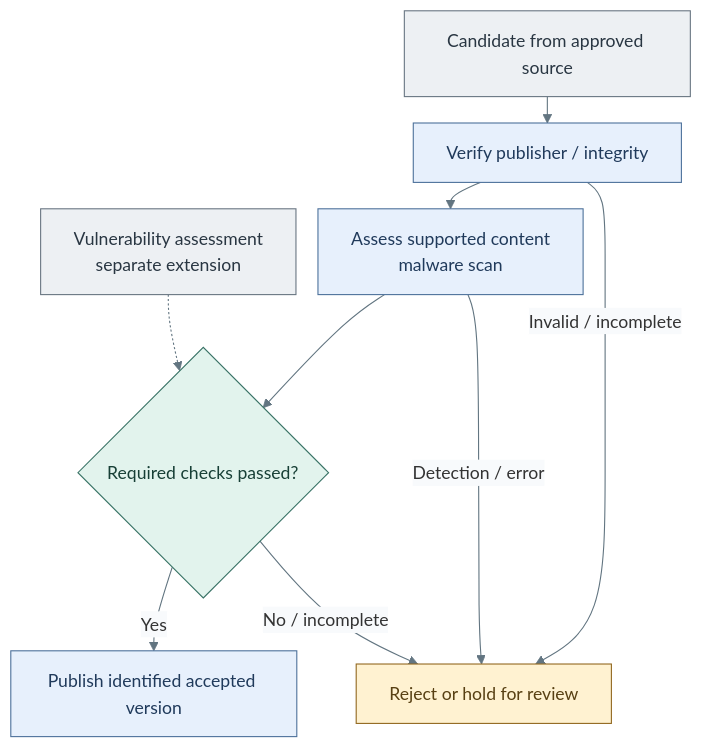
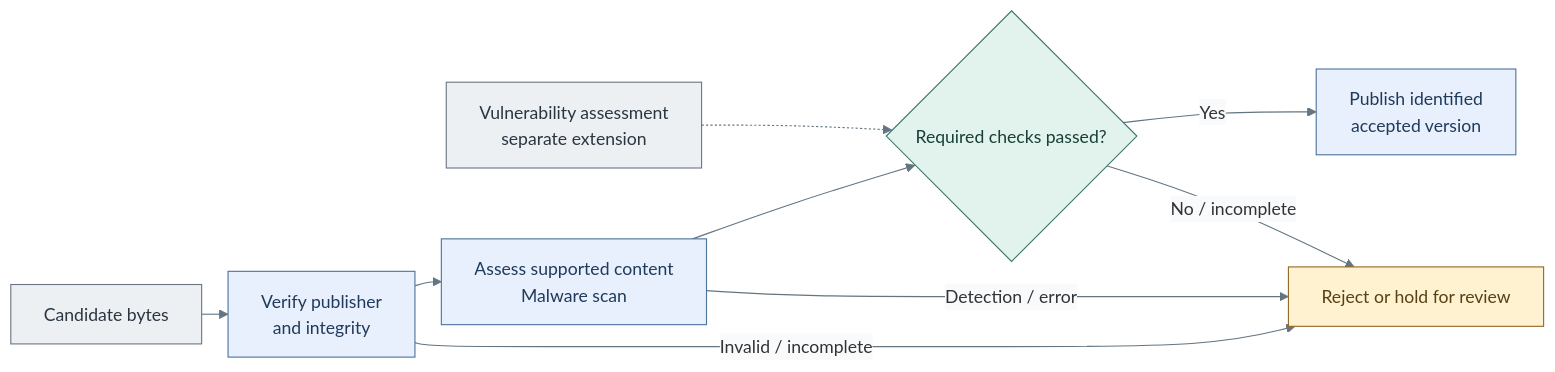
Before and after one commit to Rexus/homelab: the second of 2 diagrams in docs/01-architecture/07-software-intake/01-verification.md, drawn with Mermaid. The commit also changed other lines of this file and 279 other files, not shown here.

````diff
--- a/docs/01-architecture/07-software-intake/01-verification.md
+++ b/docs/01-architecture/07-software-intake/01-verification.md
@@ -81,21 +95,21 @@
 ```mermaid
 %%{init: {"theme":"base","flowchart":{"nodeSpacing":20,"rankSpacing":24},"themeVariables":{"lineColor":"#627581","edgeLabelBackground":"#f8fafc"}}}%%
-flowchart TB
-  Candidate["Candidate from approved source"] --> Verify["Verify publisher / integrity"]
-  Verify --> Scan["Assess supported content<br/>malware scan"]
+flowchart LR
+  Candidate["Candidate bytes"] --> Verify["Verify publisher<br/>and integrity"]
+  Verify --> Scan["Assess supported content<br/>Malware scan"]
   Verify -->|Invalid / incomplete| Hold["Reject or hold for review"]
   Scan --> Policy{"Required checks passed?"}
   Scan -->|Detection / error| Hold
-  Policy -->|Yes| Publish["Publish identified accepted version"]
+  Policy -->|Yes| Publish["Publish identified<br/>accepted version"]
   Policy -->|No / incomplete| Hold
   Extension["Vulnerability assessment<br/>separate extension"] -.-> Policy
   classDef default fill:#f8fafc,stroke:#64748b,color:#1f2937
   classDef actor fill:#edf0f3,stroke:#697682,color:#293642
   classDef services fill:#e7f0fc,stroke:#4d719b,color:#203a5b
   classDef control fill:#e2f3ed,stroke:#397366,color:#173f36
   classDef custody fill:#fff2d1,stroke:#926820,color:#584013
   class Candidate,Extension actor
   class Verify,Scan,Publish services
   class Policy control
   class Hold custody
 ```
````
